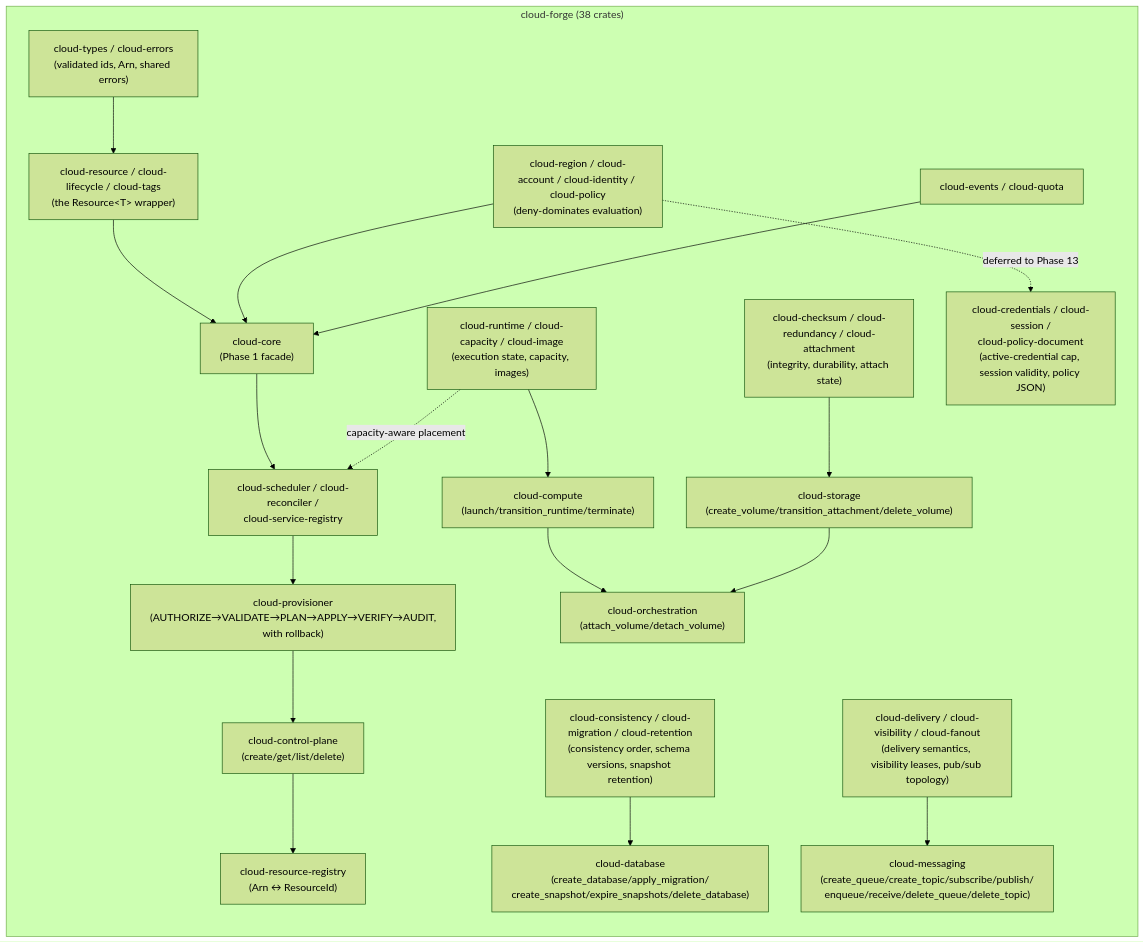
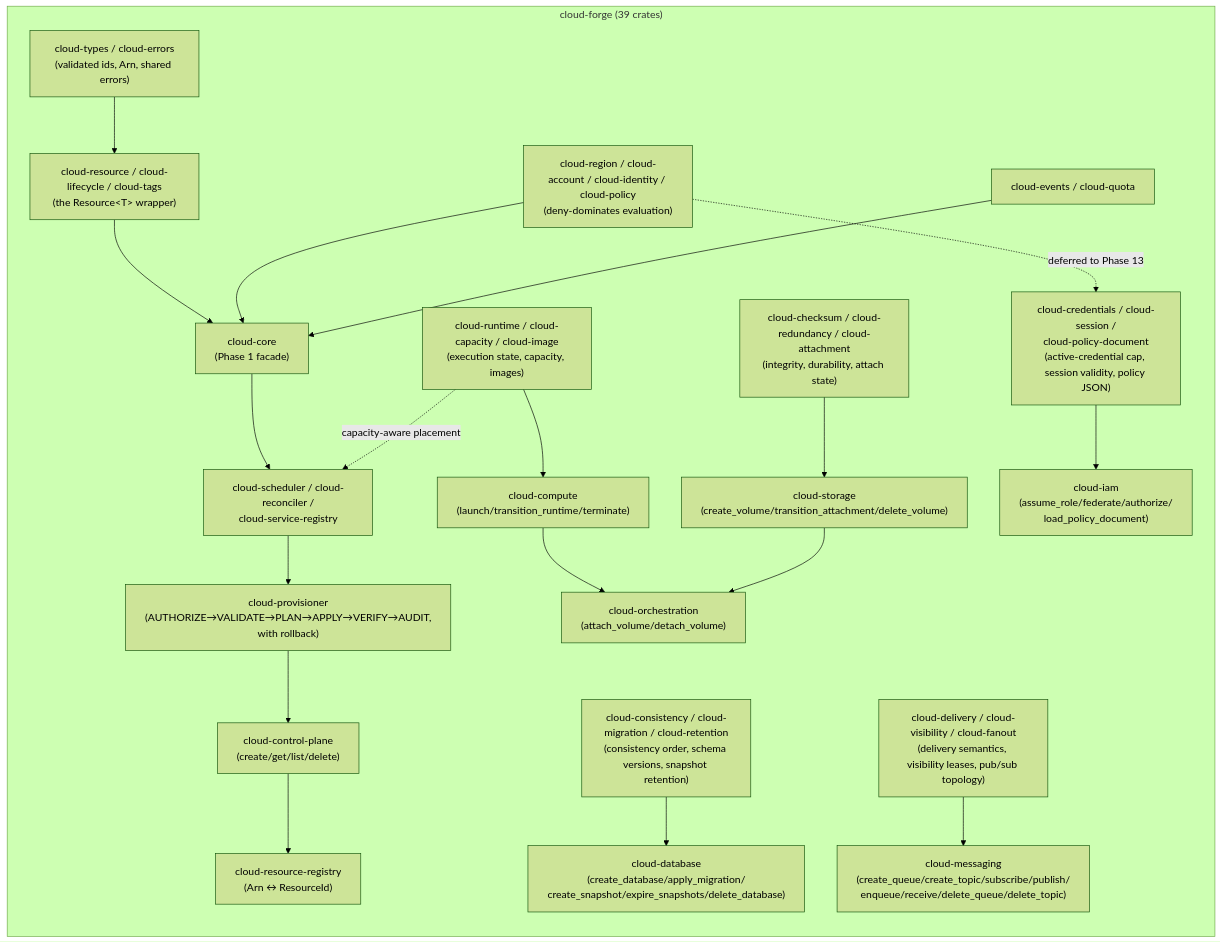
Before and after one commit to SNAPKITTYAGENT9NOVA/tlm-jxcl-forge: the fifth of 5 diagrams in README.md, drawn with Mermaid (forest theme). The commit also changed other lines of this file and 5 other files, not shown here.

````diff
--- a/README.md
+++ b/README.md
@@ -421,38 +422,40 @@
 ```mermaid
 flowchart LR
-    subgraph cf["cloud-forge (38 crates)"]
+    subgraph cf["cloud-forge (39 crates)"]
         direction TB
         types["cloud-types / cloud-errors<br/>(validated ids, Arn, shared errors)"]
         model["cloud-resource / cloud-lifecycle / cloud-tags<br/>(the Resource&lt;T&gt; wrapper)"]
         access["cloud-region / cloud-account / cloud-identity / cloud-policy<br/>(deny-dominates evaluation)"]
         ops["cloud-events / cloud-quota"]
         core["cloud-core<br/>(Phase 1 facade)"]
         control["cloud-scheduler / cloud-reconciler /<br/>cloud-service-registry"]
         pipeline["cloud-provisioner<br/>(AUTHORIZE→VALIDATE→PLAN→APPLY→VERIFY→AUDIT,<br/>with rollback)"]
         plane["cloud-control-plane<br/>(create/get/list/delete)"]
         names["cloud-resource-registry<br/>(Arn ↔ ResourceId)"]
         compute["cloud-runtime / cloud-capacity / cloud-image<br/>(execution state, capacity, images)"]
         storage["cloud-checksum / cloud-redundancy / cloud-attachment<br/>(integrity, durability, attach state)"]
         database["cloud-consistency / cloud-migration / cloud-retention<br/>(consistency order, schema versions, snapshot retention)"]
         messaging["cloud-delivery / cloud-visibility / cloud-fanout<br/>(delivery semantics, visibility leases, pub/sub topology)"]
         computeSvc["cloud-compute<br/>(launch/transition_runtime/terminate)"]
         storageSvc["cloud-storage<br/>(create_volume/transition_attachment/delete_volume)"]
         databaseSvc["cloud-database<br/>(create_database/apply_migration/<br/>create_snapshot/expire_snapshots/delete_database)"]
         messagingSvc["cloud-messaging<br/>(create_queue/create_topic/subscribe/publish/<br/>enqueue/receive/delete_queue/delete_topic)"]
         orchestration["cloud-orchestration<br/>(attach_volume/detach_volume)"]
         iam["cloud-credentials / cloud-session /<br/>cloud-policy-document<br/>(active-credential cap, session validity, policy JSON)"]
+        iamSvc["cloud-iam<br/>(assume_role/federate/authorize/<br/>load_policy_document)"]
         types --> model --> core
         access --> core
         ops --> core
         core --> control --> pipeline --> plane
         plane --> names
         compute -.capacity-aware placement.-> control
         compute --> computeSvc
         storage --> storageSvc
         database --> databaseSvc
         messaging --> messagingSvc
         computeSvc --> orchestration
         storageSvc --> orchestration
         access -.deferred to Phase 13.-> iam
+        iam --> iamSvc
     end
 ```
````
